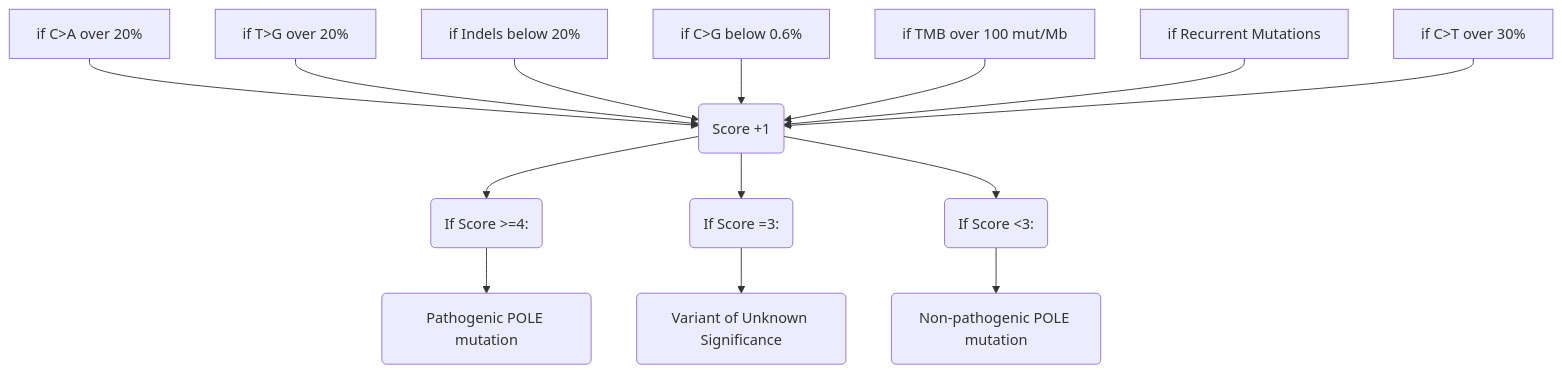
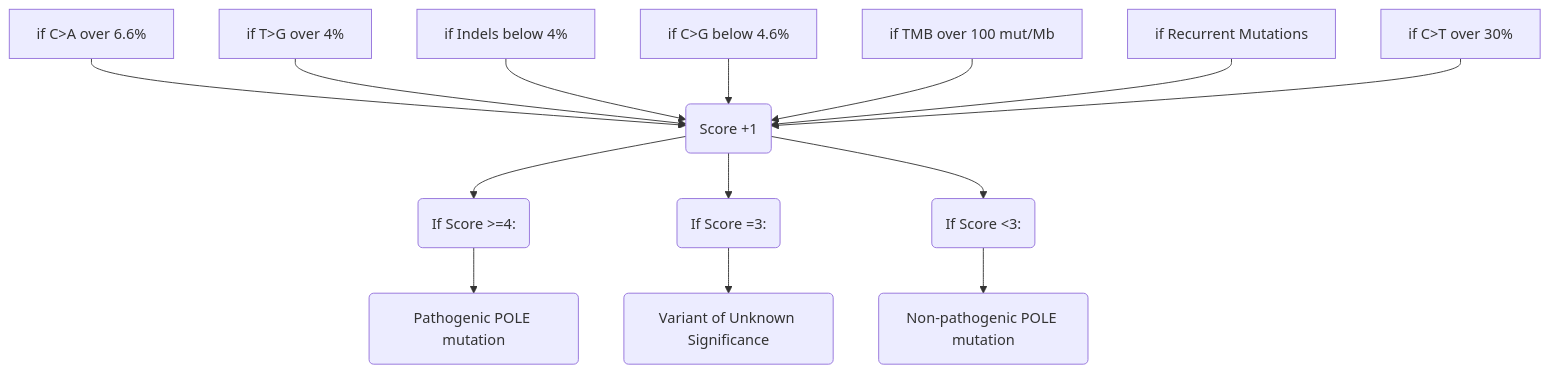
Before and after one commit to bioinformatics-policlinicogemelli/POLE: the second of 2 diagrams in README.md, drawn with Mermaid.

Commit message:
Update README.md
modified the Mermaid graph with the FPG500 thresholds

````diff
--- a/README.md
+++ b/README.md
@@ -108,14 +108,14 @@
 ```mermaid
 
 graph TD
-A[if C>A over 20%] --> B(Score +1)
-F[if T>G over 20%] --> B(Score +1)
-G[if Indels below 20%] --> B(Score +1)
-H[if C>G below 0.6%] --> B(Score +1)
+A[if C>A over 6.6%] --> B(Score +1)
+F[if T>G over 4%] --> B(Score +1)
+G[if Indels below 4%] --> B(Score +1)
+H[if C>G below 4.6%] --> B(Score +1)
 I[if TMB over 100 mut/Mb] --> B(Score +1)
 J[if Recurrent Mutations] --> B(Score +1)
 K[if C>T over 30%] --> B(Score +1)
 B --> C(If Score >=4:) --> L(Pathogenic POLE mutation)
 B --> D(If Score =3:) --> M(Variant of Unknown Significance)
 B --> E(If Score <3:) --> N(Non-pathogenic POLE mutation)
 ```
````
